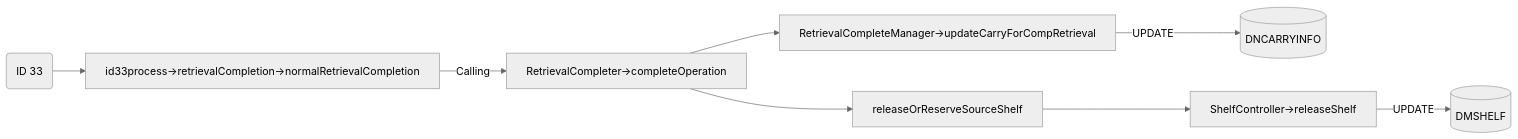
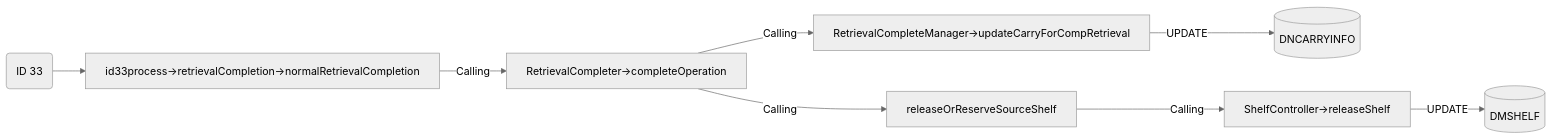
One commit to luthfiadityaa/SimeDarby-Wiki changed the ninth of 19 diagrams in Basic-Design/DFD-WMS/Retrieval/Specific-Location-Retrieval-Setting.md. Above: the diagram before and after it, drawn with Mermaid (neutral theme).

Commit message:
Updated Specific Location Retrieval Setting

```diff
--- a/Basic-Design/DFD-WMS/Retrieval/Specific-Location-Retrieval-Setting.md
+++ b/Basic-Design/DFD-WMS/Retrieval/Specific-Location-Retrieval-Setting.md
@@ -429,22 +429,22 @@
 ::: mermaid
 flowchart LR
 
 id33("
 ID 33
 ")
 
 id33-update[("
 DMSHELF
 ")]
 
 id33-update2[("
 DNCARRYINFO
 ")]
 
 id33-->P1[id33process→retrievalCompletion→normalRetrievalCompletion]
 P1--> |Calling| P2[RetrievalCompleter→completeOperation]
 P4[releaseOrReserveSourceShelf]
 P5[RetrievalCompleteManager→updateCarryForCompRetrieval]
-P2-->P4-->P3[ShelfController→releaseShelf]--> |UPDATE| id33-update
-P2-->P5-->|UPDATE| id33-update2
+P2--> |Calling| P4--> |Calling| P3[ShelfController→releaseShelf]--> |UPDATE| id33-update
+P2--> |Calling| P5--> |UPDATE| id33-update2
 :::
```
